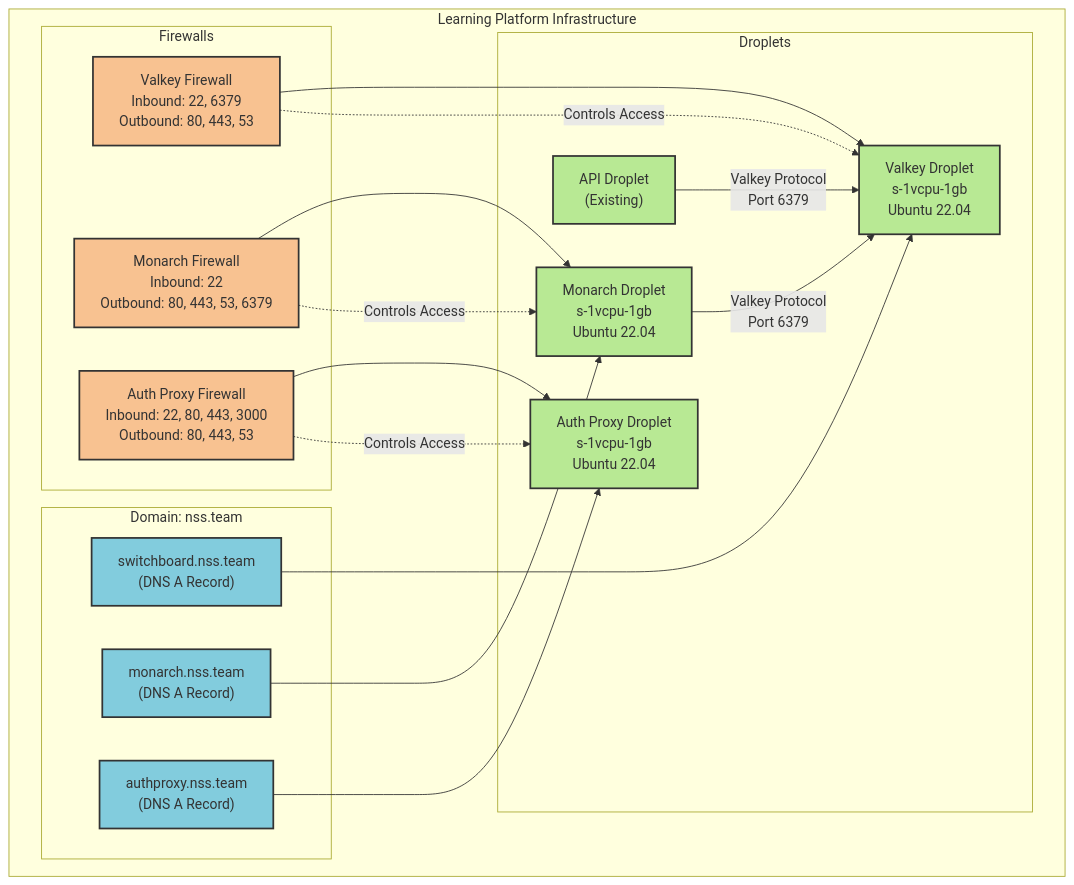
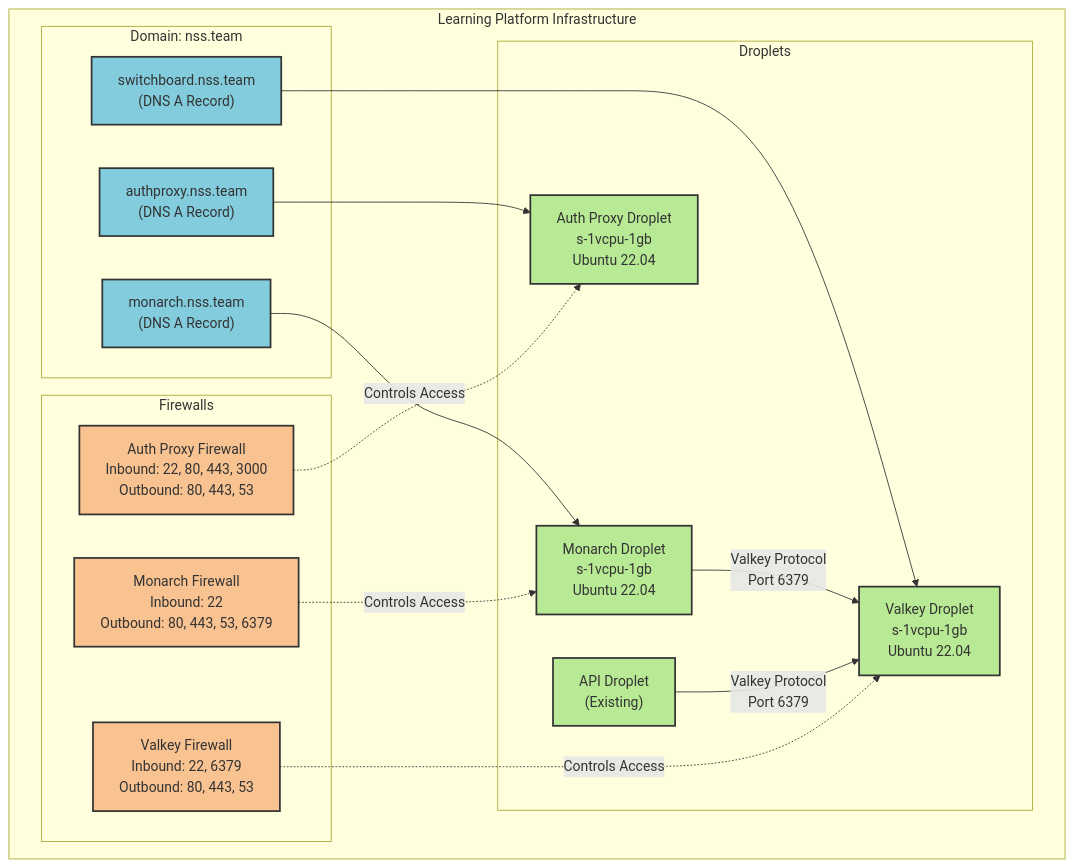
The diagram in README.md (stevebrownlee/learnops-infrastructure), drawn with Mermaid before and after one commit.

Commit message:
Removed unlabeled (unneeded) connectors

````diff
--- a/README.md
+++ b/README.md
@@ -3,66 +3,63 @@
 ```mermaid
 graph TB
     subgraph "Learning Platform Infrastructure"
         subgraph "Domain: nss.team"
             switchboard["switchboard.nss.team
             (DNS A Record)"]
             monarch["monarch.nss.team
             (DNS A Record)"]
             authproxy["authproxy.nss.team
             (DNS A Record)"]
         end
 
         subgraph "Droplets"
             vd["Valkey Droplet
             s-1vcpu-1gb
             Ubuntu 22.04"]
             md["Monarch Droplet
             s-1vcpu-1gb
             Ubuntu 22.04"]
             apd["Auth Proxy Droplet
             s-1vcpu-1gb
             Ubuntu 22.04"]
             api["API Droplet
             (Existing)"]
         end
 
         subgraph "Firewalls"
             vf["Valkey Firewall
             Inbound: 22, 6379
             Outbound: 80, 443, 53"]
             mf["Monarch Firewall
             Inbound: 22
             Outbound: 80, 443, 53, 6379"]
             apf["Auth Proxy Firewall
             Inbound: 22, 80, 443, 3000
             Outbound: 80, 443, 53"]
         end
     end
 
     %% Connections
     switchboard --> vd
     monarch --> md
     authproxy --> apd
-    vf --> vd
-    mf --> md
-    apf --> apd
 
     %% Service Communications
     md -->|"Valkey Protocol
     Port 6379"| vd
     api -->|"Valkey Protocol
     Port 6379"| vd
 
     %% Firewall Rules
     vf -.->|"Controls Access"| vd
     mf -.->|"Controls Access"| md
     apf -.->|"Controls Access"| apd
 
     classDef droplet fill:#b8e994,stroke:#333,stroke-width:2px
     classDef firewall fill:#f8c291,stroke:#333,stroke-width:2px
     classDef dns fill:#82ccdd,stroke:#333,stroke-width:2px
 
     class vd,md,api,apd droplet
     class vf,mf,apf firewall
     class switchboard,monarch,authproxy dns
 ```
````
